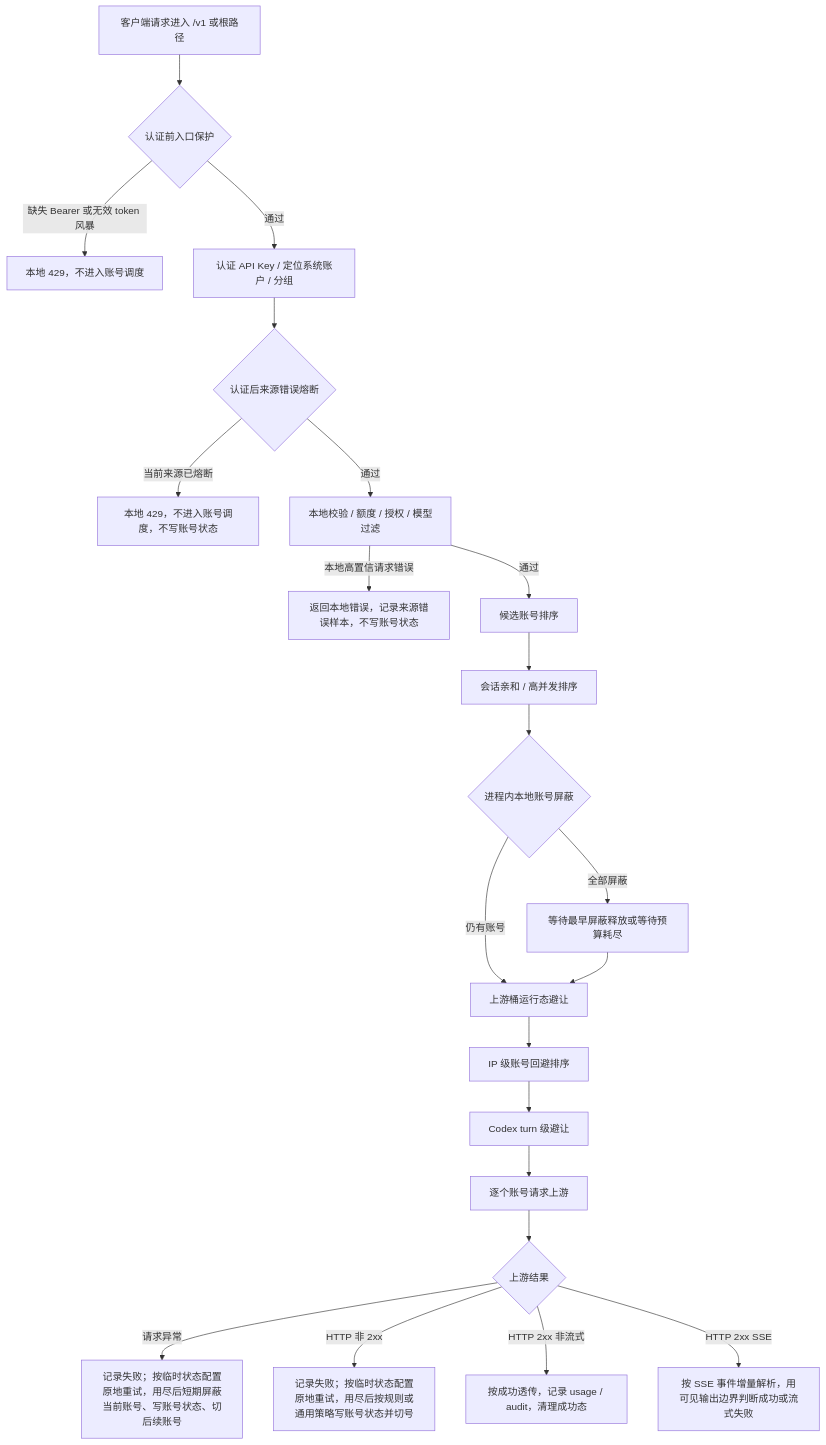
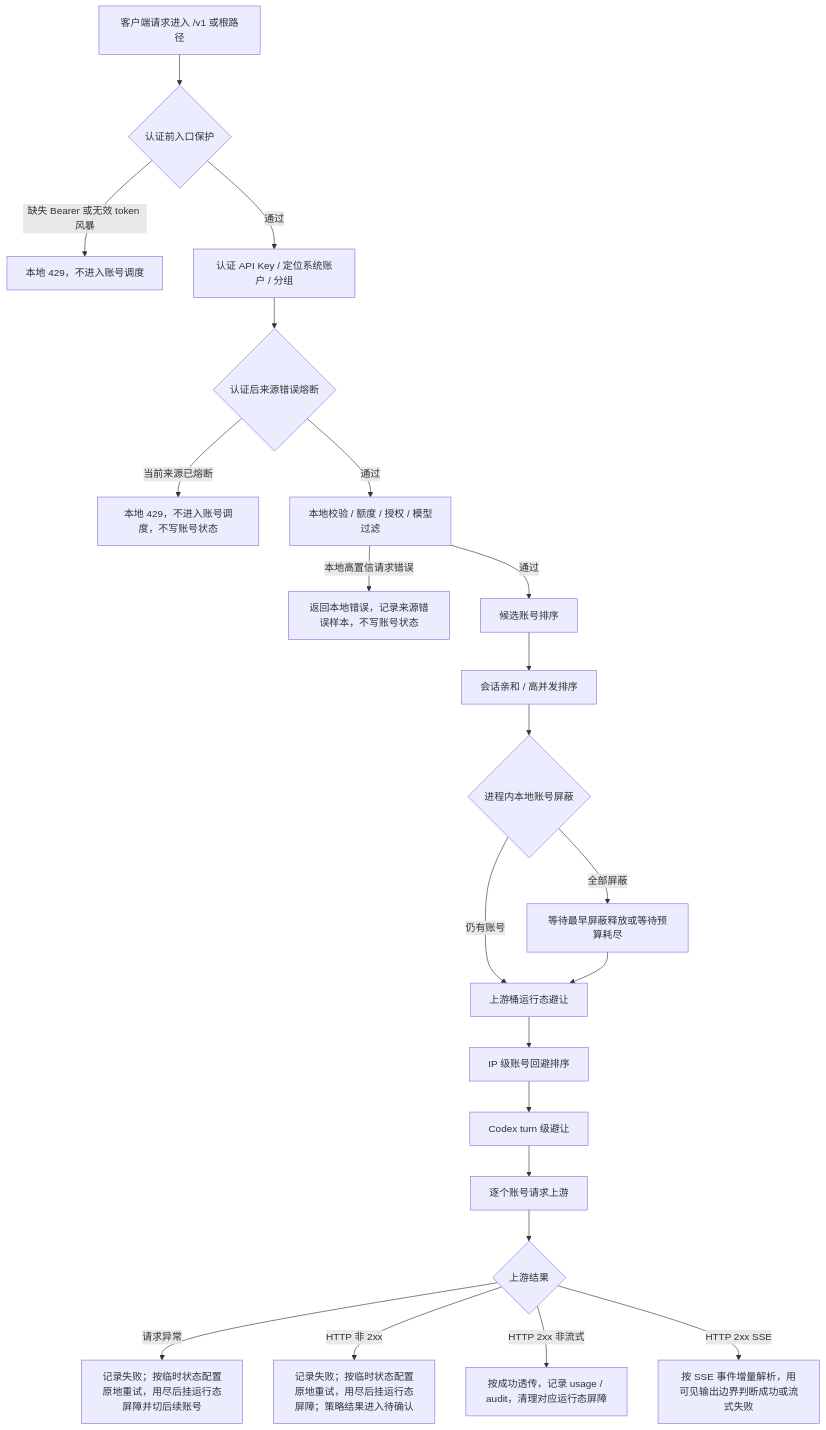
The diagram in docs/functions/网关错误处理完整链路.md (huanmin123/juhe-ai), drawn with Mermaid before and after one commit. The commit also changed other lines of this file and 37 other files, not shown here.

````diff
--- a/docs/functions/网关错误处理完整链路.md
+++ b/docs/functions/网关错误处理完整链路.md
@@ -41,24 +48,24 @@
 ```mermaid
 flowchart TD
   A["客户端请求进入 /v1 或根路径"] --> B{"认证前入口保护"}
   B -- "缺失 Bearer 或无效 token 风暴" --> B1["本地 429，不进入账号调度"]
   B -- "通过" --> C["认证 API Key / 定位系统账户 / 分组"]
   C --> D{"认证后来源错误熔断"}
   D -- "当前来源已熔断" --> D1["本地 429，不进入账号调度，不写账号状态"]
   D -- "通过" --> E["本地校验 / 额度 / 授权 / 模型过滤"]
   E -- "本地高置信请求错误" --> E1["返回本地错误，记录来源错误样本，不写账号状态"]
   E -- "通过" --> F["候选账号排序"]
   F --> F1["会话亲和 / 高并发排序"]
   F1 --> F2{"进程内本地账号屏蔽"}
   F2 -- "仍有账号" --> F3["上游桶运行态避让"]
   F2 -- "全部屏蔽" --> F2A["等待最早屏蔽释放或等待预算耗尽"]
   F2A --> F3
   F3 --> F4["IP 级账号回避排序"]
   F4 --> F5["Codex turn 级避让"]
   F5 --> G["逐个账号请求上游"]
   G --> H{"上游结果"}
-  H -- "请求异常" --> I["记录失败；按临时状态配置原地重试，用尽后短期屏蔽当前账号、写账号状态、切后续账号"]
-  H -- "HTTP 非 2xx" --> J["记录失败；按临时状态配置原地重试，用尽后按规则或通用策略写账号状态并切号"]
-  H -- "HTTP 2xx 非流式" --> K["按成功透传，记录 usage / audit，清理成功态"]
+  H -- "请求异常" --> I["记录失败；按临时状态配置原地重试，用尽后挂运行态屏障并切后续账号"]
+  H -- "HTTP 非 2xx" --> J["记录失败；按临时状态配置原地重试，用尽后挂运行态屏障；策略结果进入待确认"]
+  H -- "HTTP 2xx 非流式" --> K["按成功透传，记录 usage / audit，清理对应运行态屏障"]
   H -- "HTTP 2xx SSE" --> L["按 SSE 事件增量解析，用可见输出边界判断成功或流式失败"]
 ```
````
